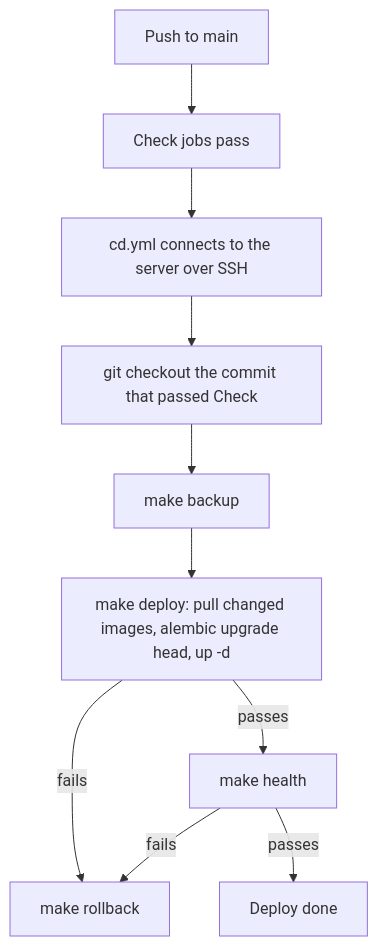
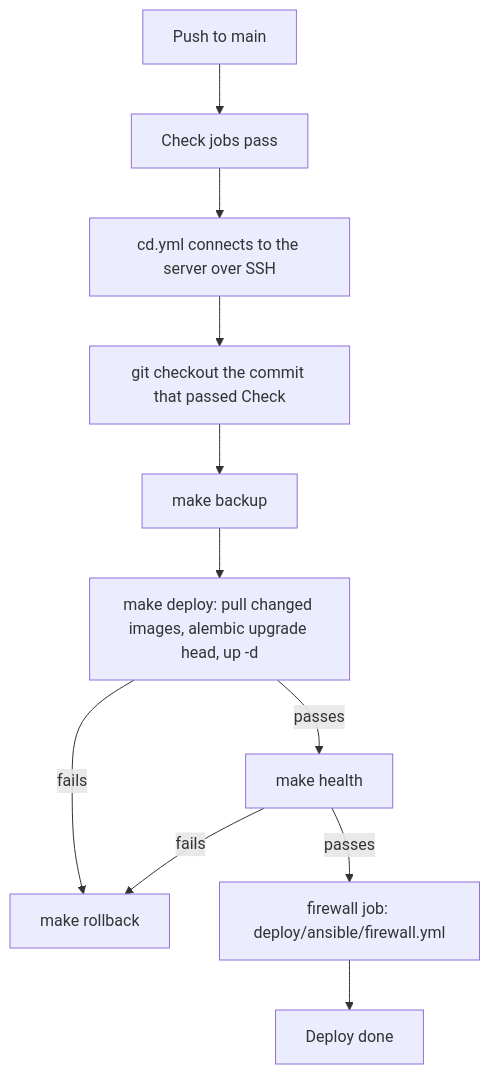
The diagram in docs/operations.md (asusoda/soda-internal-api), drawn with Mermaid before and after one commit. The commit also changed other lines of this file and 12 other files, not shown here.

First line of the commit message:
Add an Ansible playbook that sets up the server firewall

````diff
--- a/docs/operations.md
+++ b/docs/operations.md
@@ -125,12 +165,13 @@
 ```mermaid
 flowchart TD
   push["Push to main"] --> check["Check jobs pass"]
   check --> cd["cd.yml connects to the server over SSH"]
   cd --> checkout["git checkout the commit that passed Check"]
   checkout --> backup["make backup"]
   backup --> deploy["make deploy: pull changed images, alembic upgrade head, up -d"]
   deploy -->|fails| rollback["make rollback"]
   deploy -->|passes| health["make health"]
   health -->|fails| rollback
-  health -->|passes| done["Deploy done"]
+  health -->|passes| firewall["firewall job: deploy/ansible/firewall.yml"]
+  firewall --> done["Deploy done"]
 ```
````
